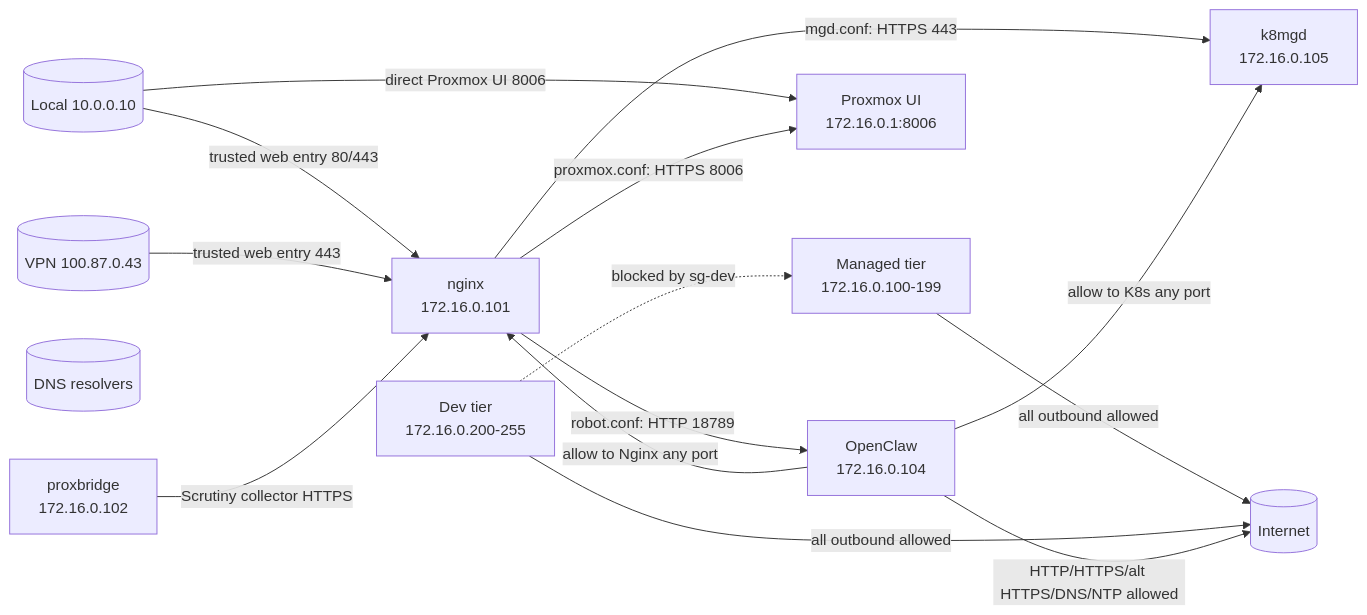
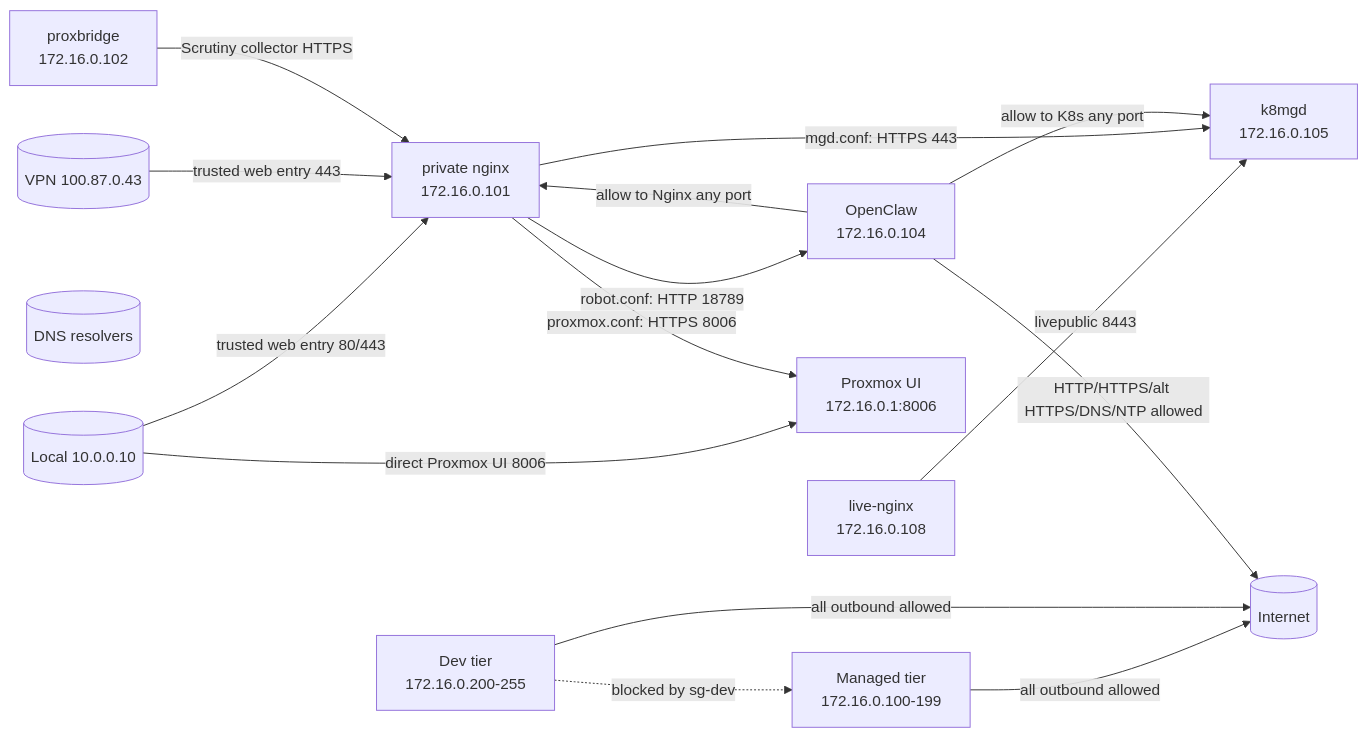
One commit to nirmalhk7/operationscenter changed the diagram in infrastructure/terra/proxmox/README.md. Above: the diagram before and after it, drawn with Mermaid. The commit also changed other lines of this file and 31 other files, not shown here.

Commit message:
feat(appwrite): public exposure with dedicated live-nginx LXC

````diff
--- a/infrastructure/terra/proxmox/README.md
+++ b/infrastructure/terra/proxmox/README.md
@@ -9,31 +9,33 @@
 ```mermaid
 flowchart LR
   Local[(Local 10.0.0.10)]
   VPN[(VPN 100.87.0.43)]
   DNS[(DNS resolvers)]
   Internet[(Internet)]
-  Nginx["nginx<br/>172.16.0.101"]
+  Nginx["private nginx<br/>172.16.0.101"]
+  LiveNginx["live-nginx<br/>172.16.0.108"]
   K8s["k8mgd<br/>172.16.0.105"]
   OpenClaw["OpenClaw<br/>172.16.0.104"]
   ProxmoxUI["Proxmox UI<br/>172.16.0.1:8006"]
   ManagedNet["Managed tier<br/>172.16.0.100-199"]
   DevNet["Dev tier<br/>172.16.0.200-255"]
   Proxbridge["proxbridge<br/>172.16.0.102"]
 
   Local -->|direct Proxmox UI 8006| ProxmoxUI
   Local -->|trusted web entry 80/443| Nginx
   VPN -->|trusted web entry 443| Nginx
+  LiveNginx -->|livepublic 8443| K8s
 
   Nginx -->|mgd.conf: HTTPS 443| K8s
   Nginx -->|proxmox.conf: HTTPS 8006| ProxmoxUI
   Nginx -->|robot.conf: HTTP 18789| OpenClaw
   Proxbridge -->|Scrutiny collector HTTPS| Nginx
 
   ManagedNet -->|all outbound allowed| Internet
   DevNet -->|all outbound allowed| Internet
   DevNet -.->|blocked by sg-dev| ManagedNet
 
   OpenClaw -->|allow to Nginx any port| Nginx
   OpenClaw -->|allow to K8s any port| K8s
   OpenClaw -->|HTTP/HTTPS/alt HTTPS/DNS/NTP allowed| Internet
 ```
````
